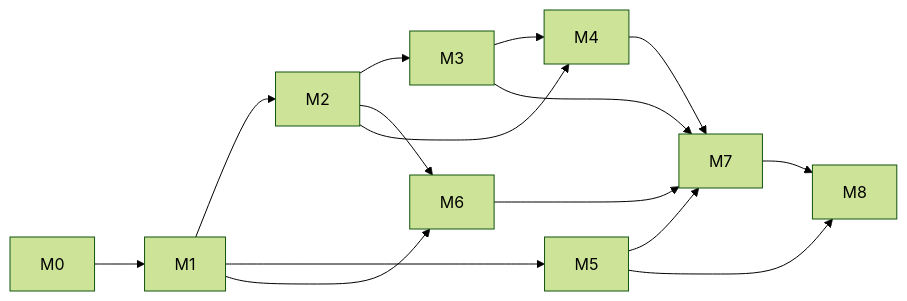
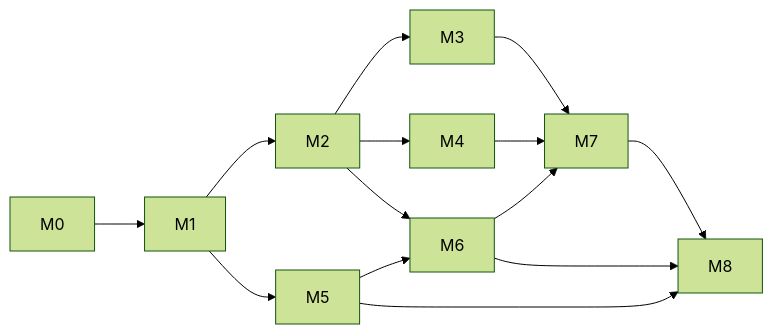
One commit to OussemaHarrabi/IndabaX26 changed the diagram in docs/architecture/roadmap.md. Above: the diagram before and after it, drawn with Mermaid (forest theme). The commit also changed other lines of this file and 13 other files, not shown here.

First line of the commit message:
docs: map roadmap to program milestones and record mock-reproduction finding

````diff
--- a/docs/architecture/roadmap.md
+++ b/docs/architecture/roadmap.md
@@ -28,17 +37,16 @@
 ```mermaid
 flowchart LR
   M0 --> M1
   M1 --> M2
   M1 --> M5
-  M1 --> M6
   M2 --> M3
+  M2 --> M4
   M2 --> M6
-  M3 --> M4
-  M2 --> M4
+  M5 --> M6
+  M3 --> M7
   M4 --> M7
-  M5 --> M7
   M6 --> M7
-  M3 --> M7
+  M5 --> M8
+  M6 --> M8
   M7 --> M8
-  M5 --> M8
 ```
````
